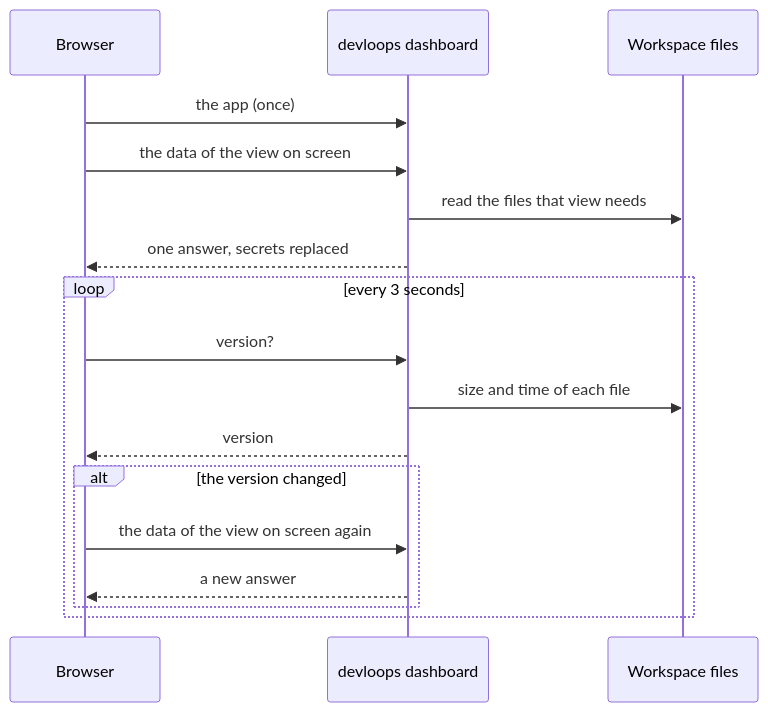
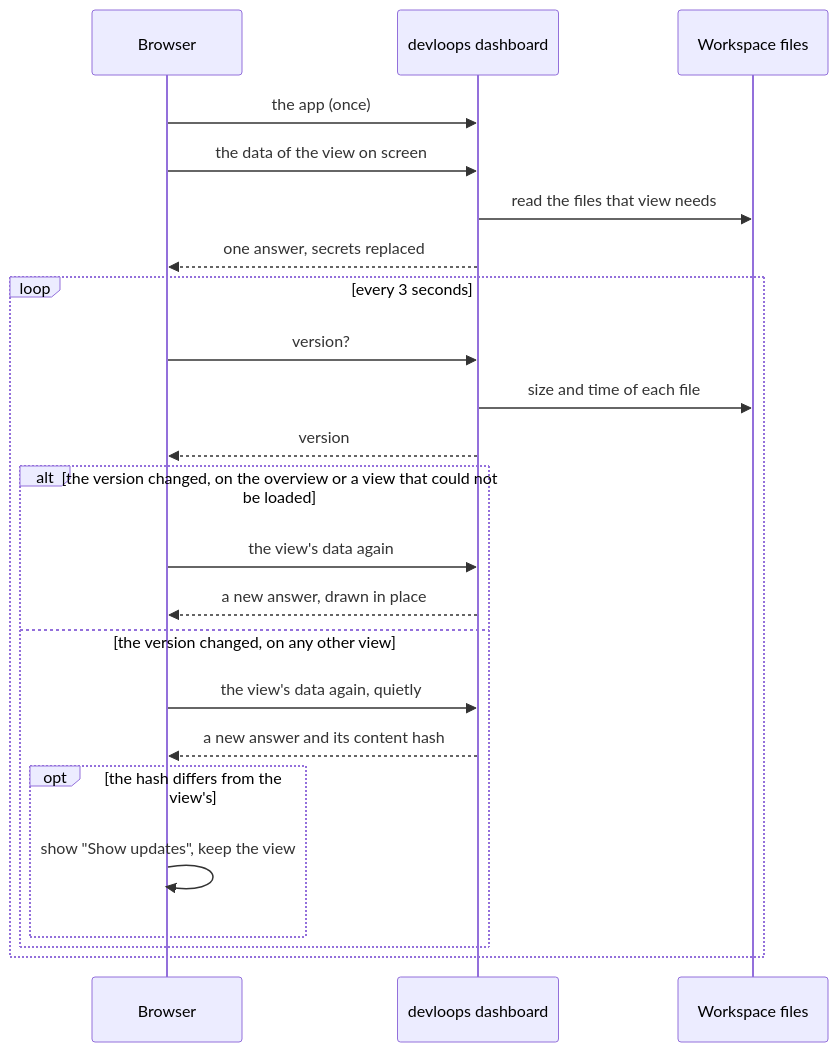
Before and after one commit to youssef7ussien/claude-devloops: the diagram in docs/how-it-works/dashboard-data.md, drawn with Mermaid. The commit also changed other lines of this file and 18 other files, not shown here.

First line of the commit message:
fix(dashboard): keep the open view still during a run

````diff
--- a/docs/how-it-works/dashboard-data.md
+++ b/docs/how-it-works/dashboard-data.md
@@ -91,19 +99,25 @@
 ```mermaid
 sequenceDiagram
   participant B as Browser
   participant S as devloops dashboard
   participant W as Workspace files
   B->>S: the app (once)
   B->>S: the data of the view on screen
   S->>W: read the files that view needs
   S-->>B: one answer, secrets replaced
   loop every 3 seconds
     B->>S: version?
     S->>W: size and time of each file
     S-->>B: version
-    alt the version changed
-      B->>S: the data of the view on screen again
-      S-->>B: a new answer
+    alt the version changed, on the overview or a view that could not be loaded
+      B->>S: the view's data again
+      S-->>B: a new answer, drawn in place
+    else the version changed, on any other view
+      B->>S: the view's data again, quietly
+      S-->>B: a new answer and its content hash
+      opt the hash differs from the view's
+        B->>B: show "Show updates", keep the view
+      end
     end
   end
 ```
````
